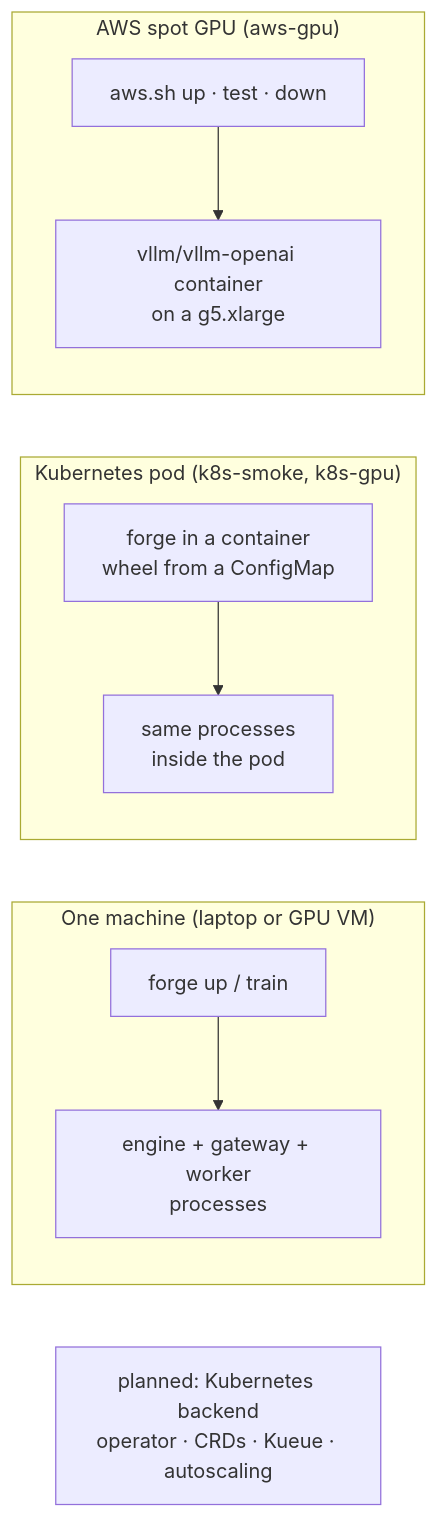
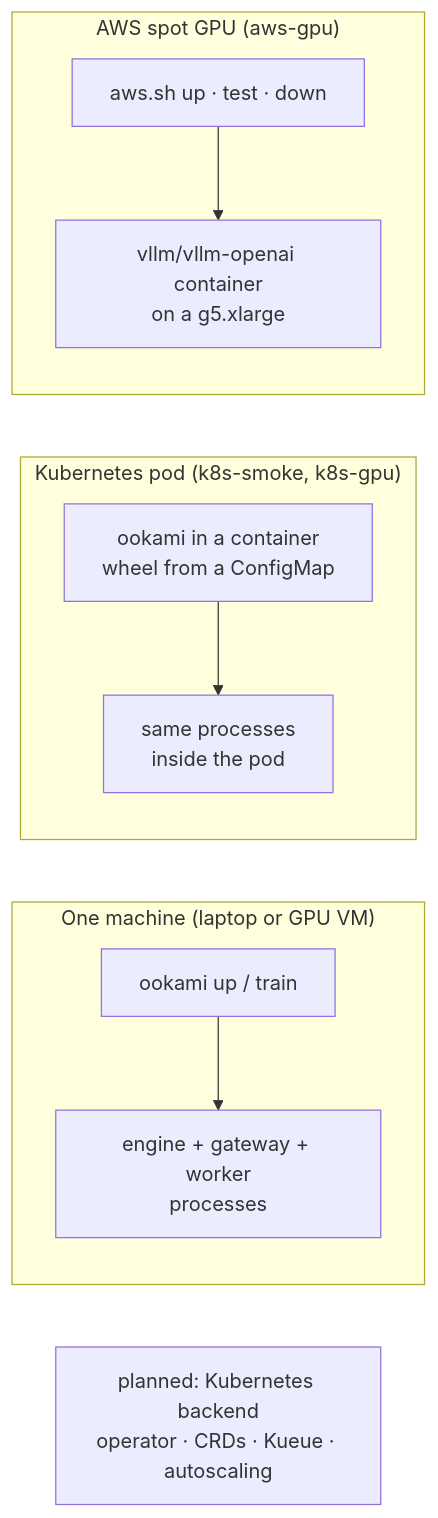
Before and after one commit to KatyarAILabs/Ookami: the diagram in docs/deployment.md, drawn with Mermaid. The commit also changed other lines of this file and 114 other files, not shown here.

````diff
--- a/docs/deployment.md
+++ b/docs/deployment.md
@@ -5,13 +5,13 @@
 ```mermaid
 flowchart LR
     subgraph one["One machine (laptop or GPU VM)"]
-        f1["forge up / train"] --> p1["engine + gateway + worker<br/>processes"]
+        f1["ookami up / train"] --> p1["engine + gateway + worker<br/>processes"]
     end
     subgraph pod["Kubernetes pod (k8s-smoke, k8s-gpu)"]
-        f2["forge in a container<br/>wheel from a ConfigMap"] --> p2["same processes<br/>inside the pod"]
+        f2["ookami in a container<br/>wheel from a ConfigMap"] --> p2["same processes<br/>inside the pod"]
     end
     subgraph aws["AWS spot GPU (aws-gpu)"]
         f3["aws.sh up · test · down"] --> p3["vllm/vllm-openai container<br/>on a g5.xlarge"]
     end
     k8s["planned: Kubernetes backend<br/>operator · CRDs · Kueue · autoscaling"]
 ```
````
